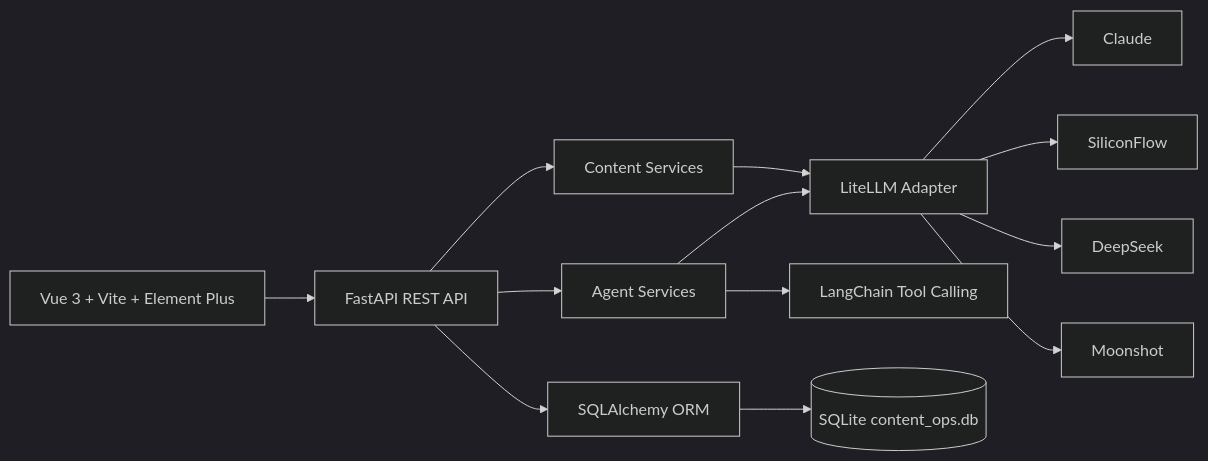
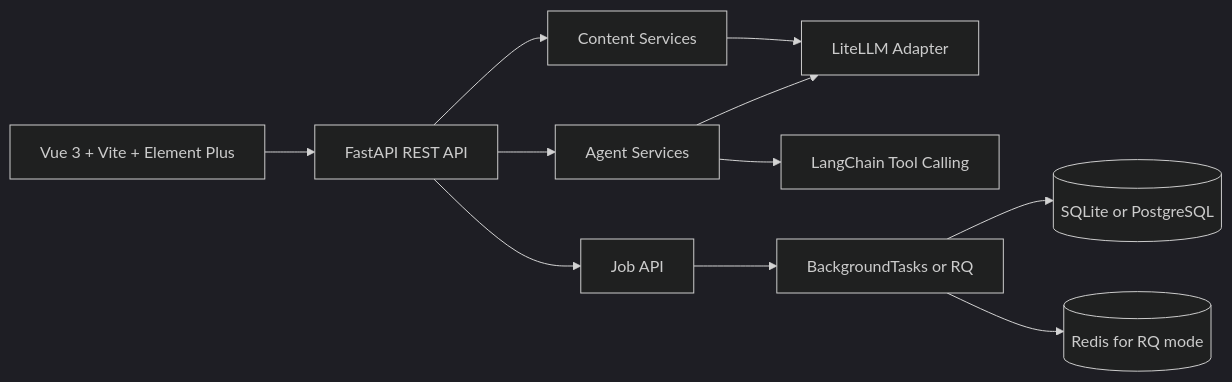
Before and after one commit to xwmxcz/-content-ops-agent: the diagram in README.md, drawn with Mermaid (dark theme). The commit also changed other lines of this file and 37 other files, not shown here.

````diff
--- a/README.md
+++ b/README.md
@@ -29,15 +29,13 @@
 ```mermaid
 graph LR
   A[Vue 3 + Vite + Element Plus] --> B[FastAPI REST API]
   B --> C[Content Services]
   B --> D[Agent Services]
+  B --> Q[Job API]
   C --> E[LiteLLM Adapter]
   D --> E
   D --> F[LangChain Tool Calling]
-  E --> G[Claude]
-  E --> H[SiliconFlow]
-  E --> I[DeepSeek]
-  E --> J[Moonshot]
-  B --> K[SQLAlchemy ORM]
-  K --> L[(SQLite content_ops.db)]
+  Q --> G[BackgroundTasks or RQ]
+  G --> H[(SQLite or PostgreSQL)]
+  G --> I[(Redis for RQ mode)]
 ```
````
